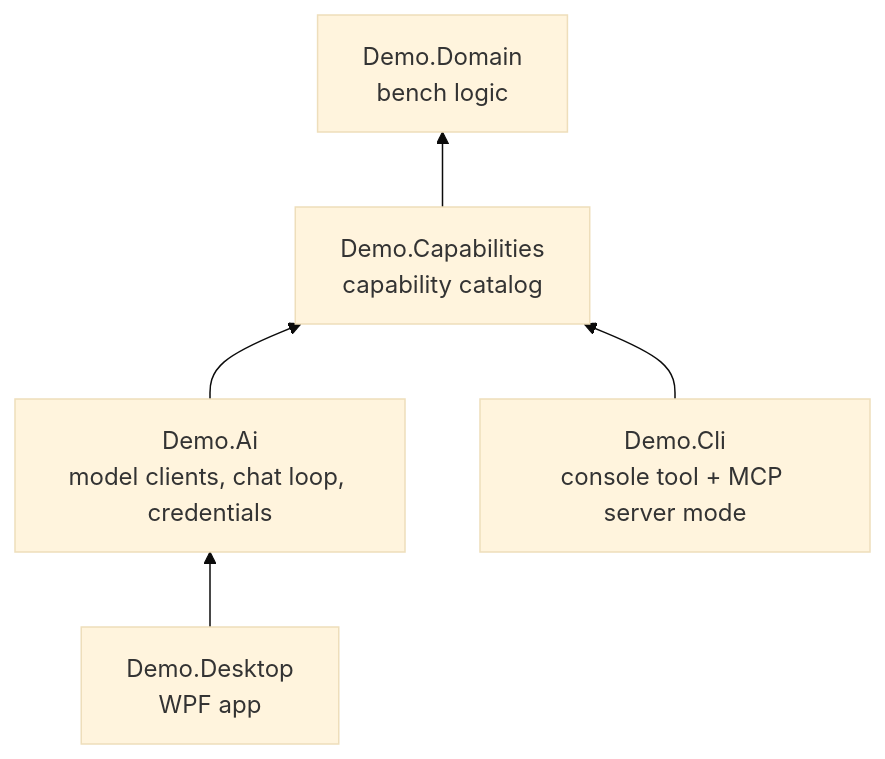
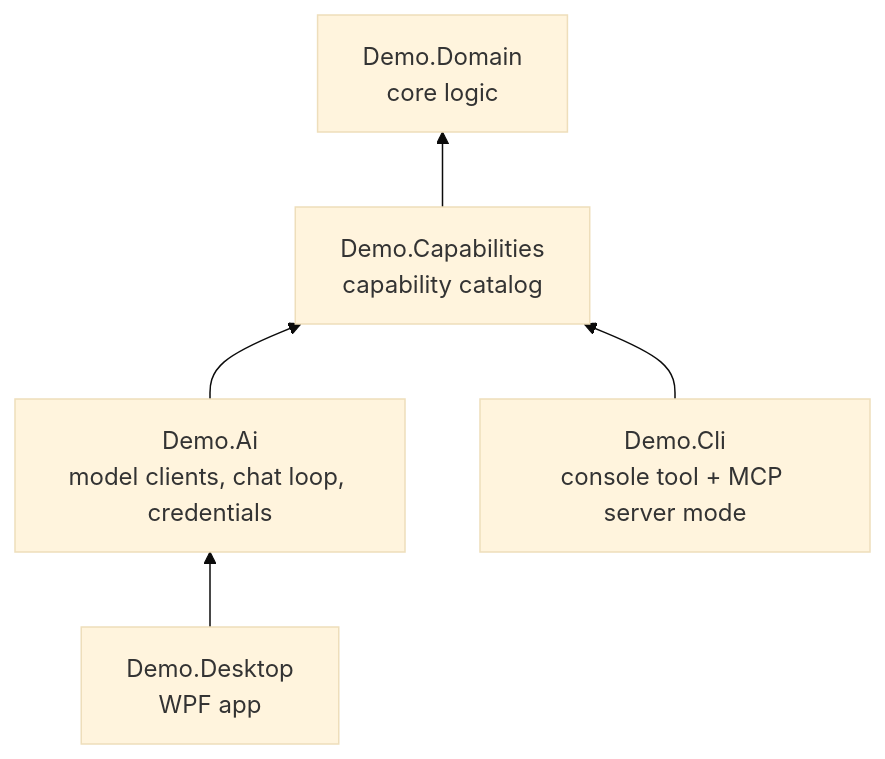
The sixth of 6 diagrams in docs/design.md (RelentlessOldMan/ChatbotAddonDemo), drawn with Mermaid (base theme) before and after one commit. The commit also changed other lines of this file and 2 other files, not shown here.

First line of the commit message:
Docs: make the architecture diagrams generic (core logic, no test-bench lists in boxes)

````diff
--- a/docs/design.md
+++ b/docs/design.md
@@ -385,12 +385,12 @@
 ```mermaid
 flowchart BT
-    domain["Demo.Domain<br/>bench logic"]
+    domain["Demo.Domain<br/>core logic"]
     caps["Demo.Capabilities<br/>capability catalog"]
     ai["Demo.Ai<br/>model clients, chat loop, credentials"]
     desk["Demo.Desktop<br/>WPF app"]
     cli["Demo.Cli<br/>console tool + MCP server mode"]
     caps --> domain
     ai --> caps
     desk --> ai
     cli --> caps
 ```
````
